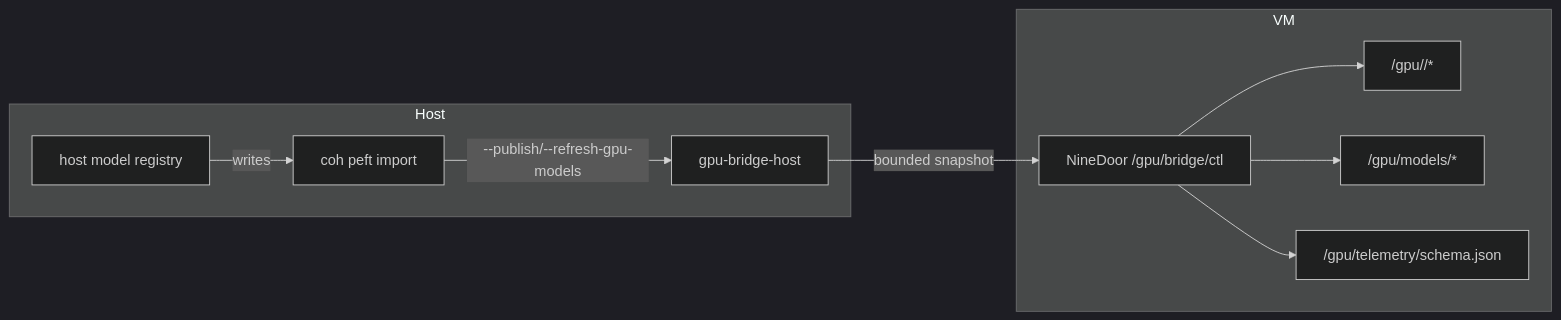
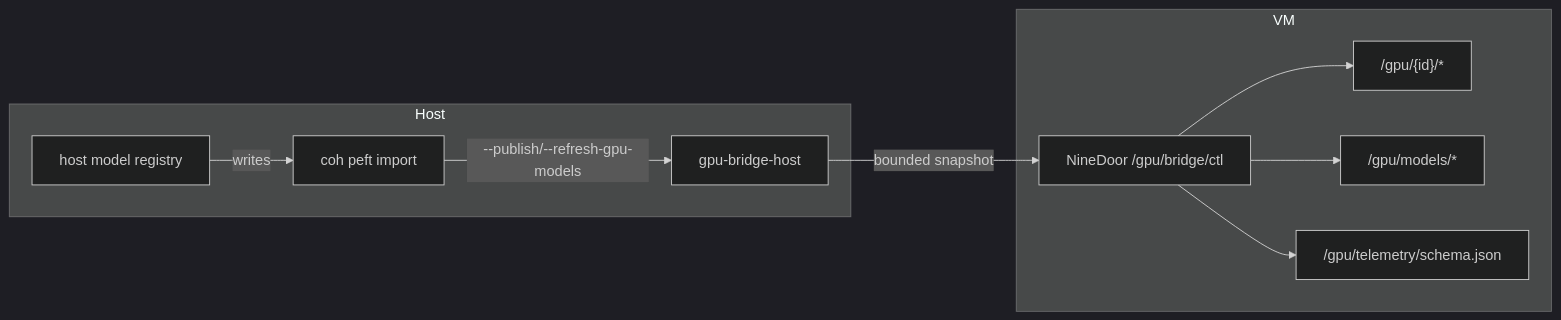
The fourth of 5 diagrams in docs/ARCHITECTURE.md (lukeb-aidev/cohesix), drawn with Mermaid (dark theme) before and after one commit. The commit also changed other lines of this file, not shown here.

Commit message:
docs: align architecture driver runtime model

````diff
--- a/docs/ARCHITECTURE.md
+++ b/docs/ARCHITECTURE.md
@@ -235,20 +276,20 @@
 ```mermaid
 flowchart LR
   subgraph Host["Host"]
     GBH["gpu-bridge-host"]
     COH["coh peft import"]
     REG["host model registry"]
   end
   subgraph VM["VM"]
     ND["NineDoor /gpu/bridge/ctl"]
-    GPU["/gpu/<id>/*"]
+    GPU["/gpu/{id}/*"]
     MODELS["/gpu/models/*"]
     SCHEMA["/gpu/telemetry/schema.json"]
   end
   REG -->|writes| COH
   COH -->|"--publish/--refresh-gpu-models"| GBH
   GBH -->|"bounded snapshot"| ND
   ND --> GPU
   ND --> MODELS
   ND --> SCHEMA
 ```
````
